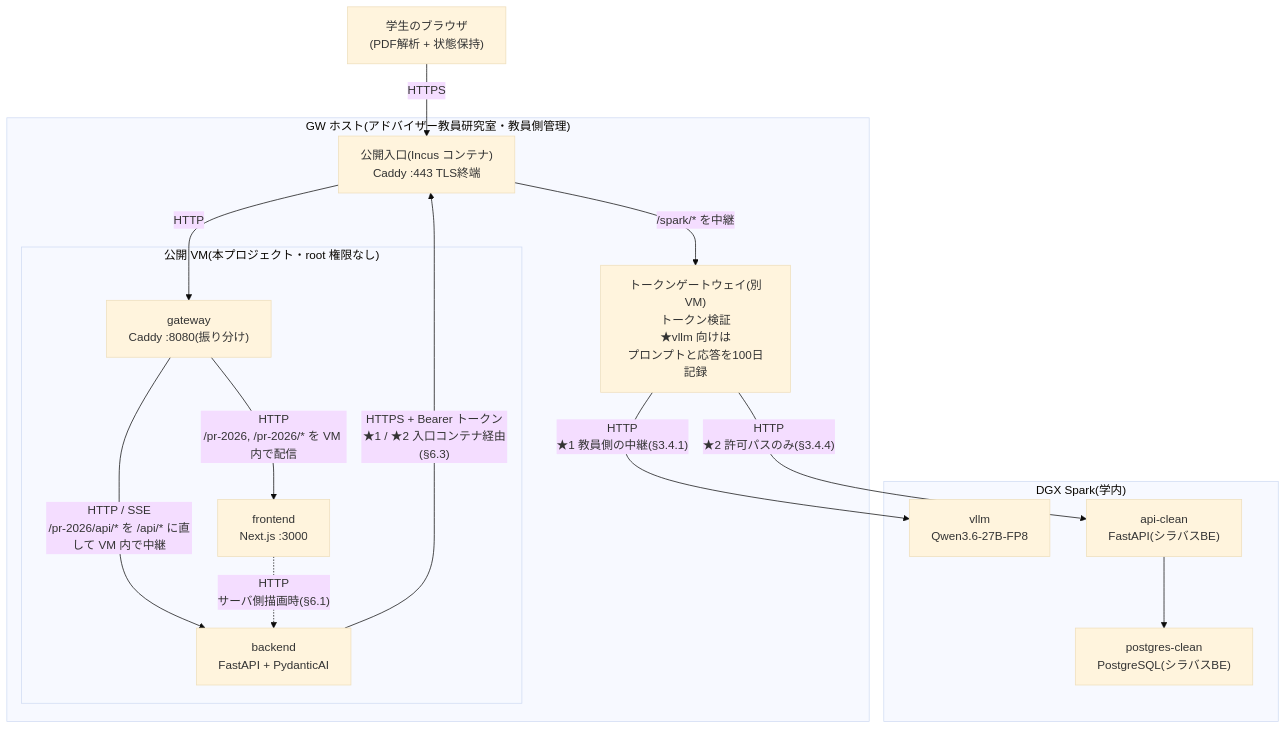
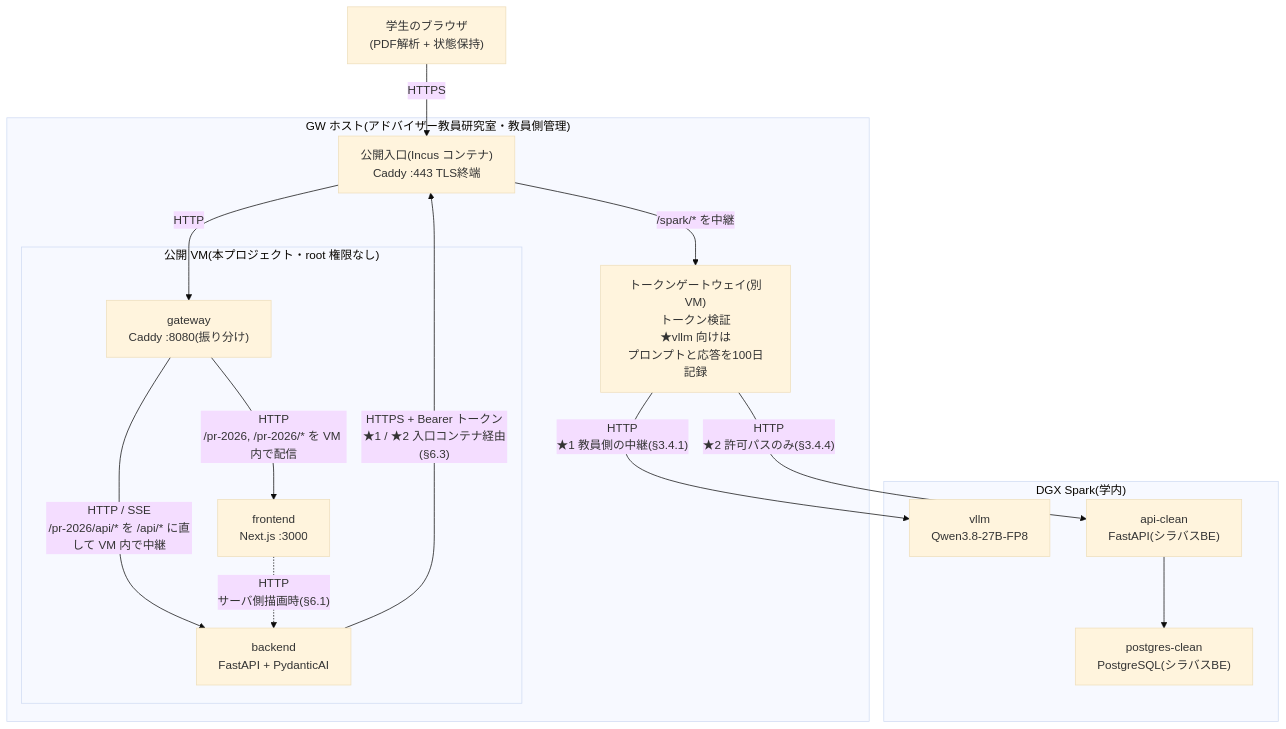
Before and after one commit to ProjectResearch2026/Syllabel: the diagram in docs/design/01-architecture.md, drawn with Mermaid (base theme). The commit also changed other lines of this file and 7 other files, not shown here.

````diff
--- a/docs/design/01-architecture.md
+++ b/docs/design/01-architecture.md
@@ -75,33 +75,33 @@
 ```mermaid
 %% エッジラベルは必ず "..." で囲む。丸括弧を裸で書くと GitHub 上で
 %% parse エラー(Unable to render rich display)になる。
 flowchart TB
     Browser["学生のブラウザ<br/>(PDF解析 + 状態保持)"]
 
     subgraph GWH["GW ホスト(アドバイザー教員研究室・教員側管理)"]
       Edge["公開入口(Incus コンテナ)<br/>Caddy :443 TLS終端"]
       TokenGW["トークンゲートウェイ(別VM)<br/>トークン検証<br/>★vllm 向けは<br/>プロンプトと応答を100日記録"]
       subgraph VM["公開 VM(本プロジェクト・root 権限なし)"]
         Gateway["gateway<br/>Caddy :8080(振り分け)"]
         Frontend["frontend<br/>Next.js :3000"]
         Backend["backend<br/>FastAPI + PydanticAI"]
       end
     end
 
     subgraph DGX["DGX Spark(学内)"]
-      VLLM["vllm<br/>Qwen3.6-27B-FP8"]
+      VLLM["vllm<br/>Qwen3.8-27B-FP8"]
       APIClean["api-clean<br/>FastAPI(シラバスBE)"]
       PG["postgres-clean<br/>PostgreSQL(シラバスBE)"]
     end
 
     Browser -->|"HTTPS"| Edge
     Edge -->|"HTTP"| Gateway
     Gateway -->|"HTTP<br/>/pr-2026, /pr-2026/* を VM 内で配信"| Frontend
     Gateway -->|"HTTP / SSE<br/>/pr-2026/api/* を /api/* に直して VM 内で中継"| Backend
     Frontend -.->|"HTTP<br/>サーバ側描画時(§6.1)"| Backend
     Backend -->|"HTTPS + Bearer トークン<br/>★1 / ★2 入口コンテナ経由(§6.3)"| Edge
     Edge -->|"/spark/* を中継"| TokenGW
     TokenGW -->|"HTTP<br/>★1 教員側の中継(§3.4.1)"| VLLM
     TokenGW -->|"HTTP<br/>★2 許可パスのみ(§3.4.4)"| APIClean
     APIClean --> PG
 ```
````
